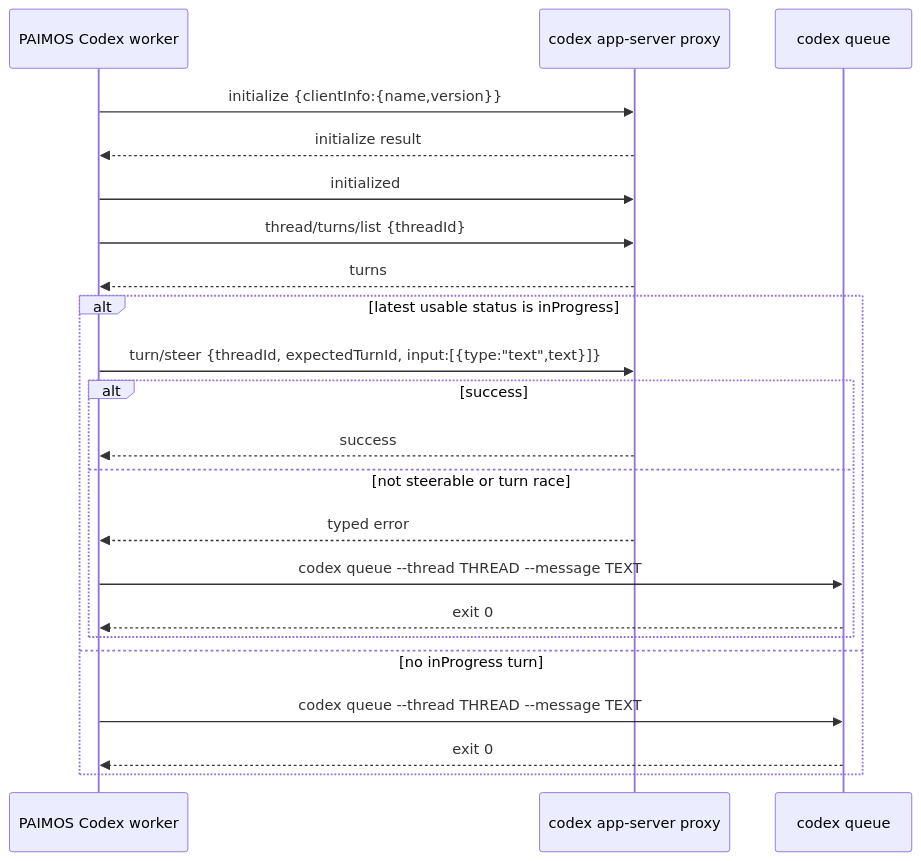
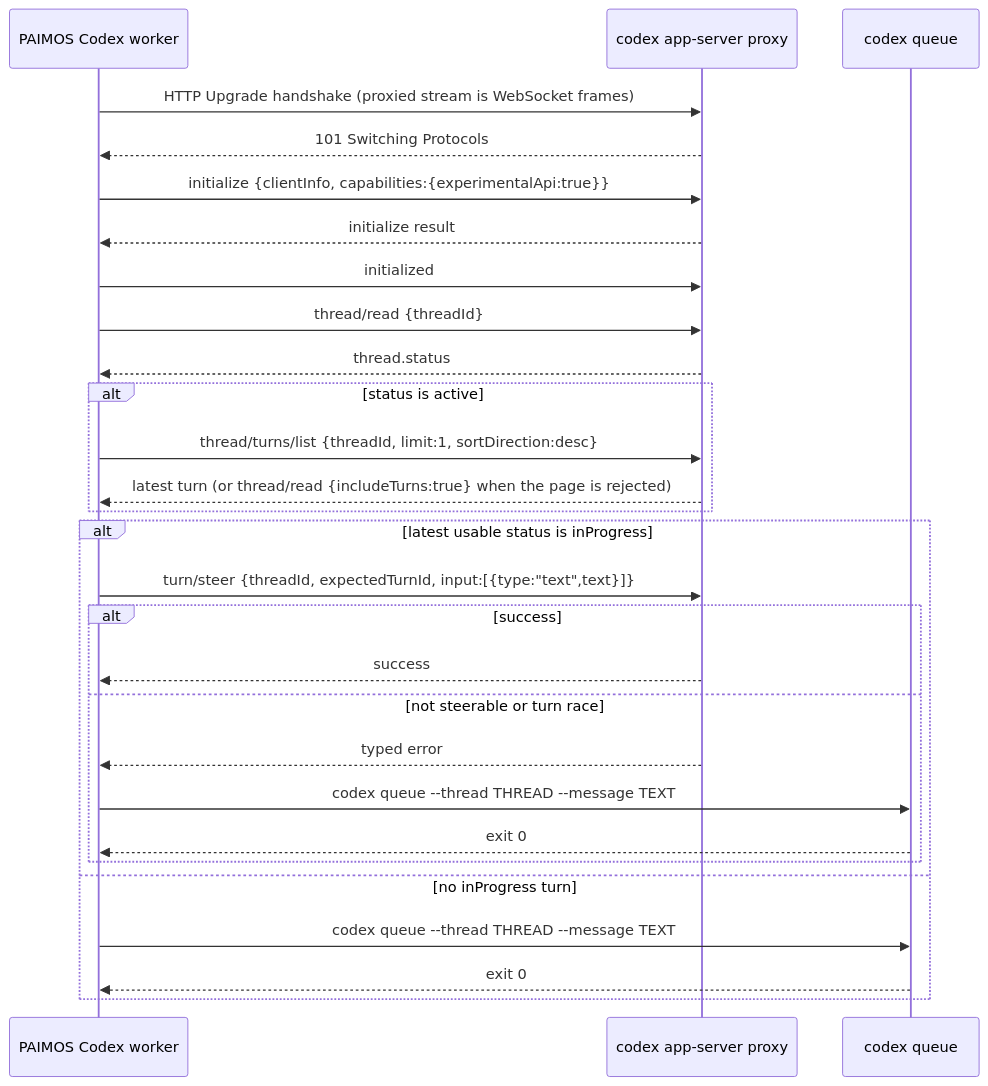
The third of 3 diagrams in docs/AGENT_BUS_ARCHITECTURE.md (inspr-at/paimos), drawn with Mermaid before and after one commit. The commit also changed other lines of this file and 9 other files, not shown here.

````diff
--- a/docs/AGENT_BUS_ARCHITECTURE.md
+++ b/docs/AGENT_BUS_ARCHITECTURE.md
@@ -398,25 +398,31 @@
 ```mermaid
 sequenceDiagram
     participant W as PAIMOS Codex worker
     participant X as codex app-server proxy
     participant Q as codex queue
 
-    W->>X: initialize {clientInfo:{name,version}}
+    W->>X: HTTP Upgrade handshake (proxied stream is WebSocket frames)
+    X-->>W: 101 Switching Protocols
+    W->>X: initialize {clientInfo, capabilities:{experimentalApi:true}}
     X-->>W: initialize result
     W->>X: initialized
-    W->>X: thread/turns/list {threadId}
-    X-->>W: turns
+    W->>X: thread/read {threadId}
+    X-->>W: thread.status
+    alt status is active
+        W->>X: thread/turns/list {threadId, limit:1, sortDirection:desc}
+        X-->>W: latest turn (or thread/read {includeTurns:true} when the page is rejected)
+    end
     alt latest usable status is inProgress
         W->>X: turn/steer {threadId, expectedTurnId, input:[{type:"text",text}]}
         alt success
             X-->>W: success
         else not steerable or turn race
             X-->>W: typed error
             W->>Q: codex queue --thread THREAD --message TEXT
             Q-->>W: exit 0
         end
     else no inProgress turn
         W->>Q: codex queue --thread THREAD --message TEXT
         Q-->>W: exit 0
     end
 ```
````
